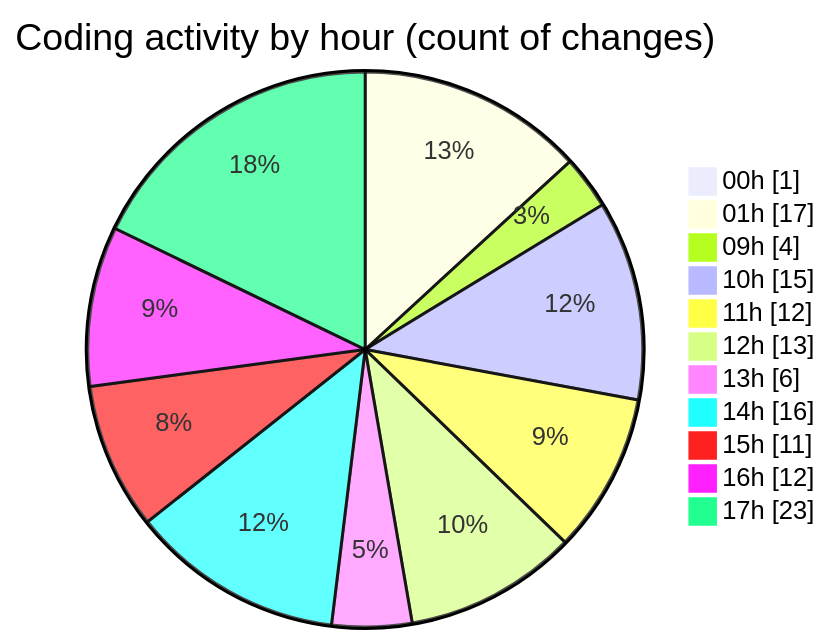
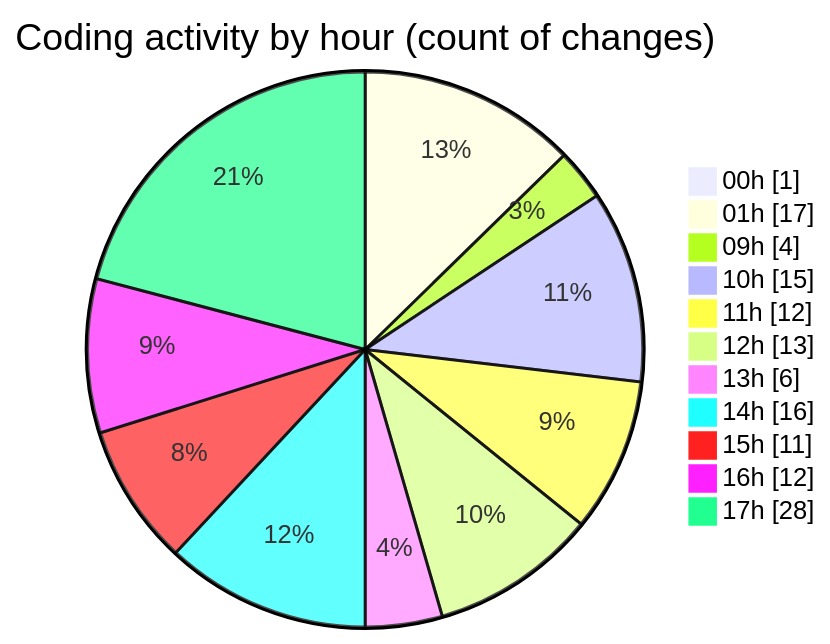
The second of 2 diagrams in 2025-11-01/cdp_aleoudev_fr__workspace_/README.md (julien-gomy/code-tracking), drawn with Mermaid before and after one commit. The commit also changed other lines of this file and 1 other file, not shown here.

````diff
--- a/2025-11-01/cdp_aleoudev_fr__workspace_/README.md
+++ b/2025-11-01/cdp_aleoudev_fr__workspace_/README.md
@@ -48,15 +48,15 @@
 ```mermaid
 pie showData
 title Coding activity by hour (count of changes)
 "00h" : 1
 "01h" : 17
 "09h" : 4
 "10h" : 15
 "11h" : 12
 "12h" : 13
 "13h" : 6
 "14h" : 16
 "15h" : 11
 "16h" : 12
-"17h" : 23
+"17h" : 28
 ```
````
